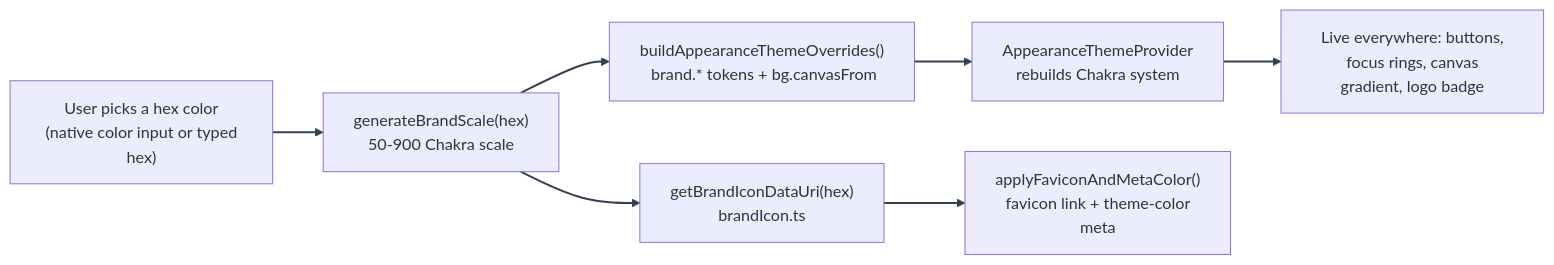
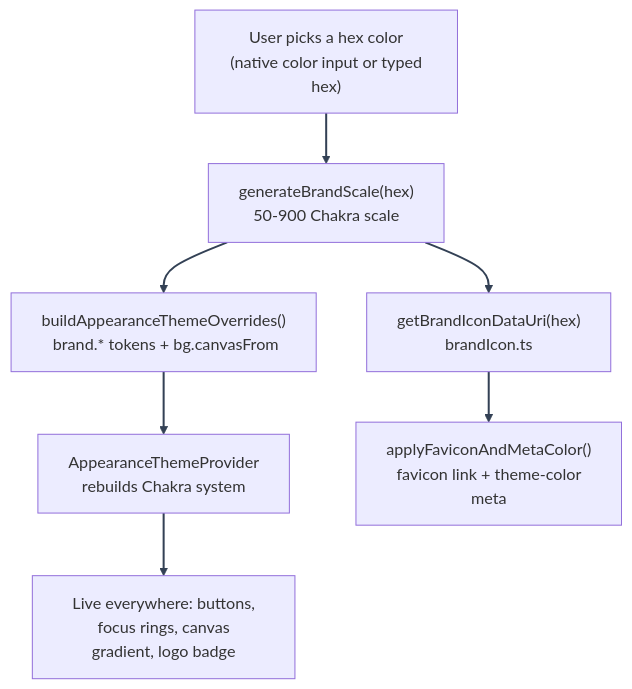
The diagram in docs/mystic_auth/appearance/overview.md (Nachiket-2024/mystic-auth), drawn with Mermaid before and after one commit. The commit also changed other lines of this file and 208 other files, not shown here.

````diff
--- a/docs/mystic_auth/appearance/overview.md
+++ b/docs/mystic_auth/appearance/overview.md
@@ -47,11 +47,11 @@
 ```mermaid
 %%{init: {"themeVariables": {"lineColor": "#334155"}} }%%
-flowchart LR
+flowchart TD
     Hex["User picks a hex color\n (native color input or typed hex)"] --> Scale["generateBrandScale(hex)\n 50-900 Chakra scale"]
     Scale --> Overrides["buildAppearanceThemeOverrides()\n brand.* tokens + bg.canvasFrom"]
     Scale --> Icon["getBrandIconDataUri(hex)\n brandIcon.ts"]
     Overrides --> System["AppearanceThemeProvider\n rebuilds Chakra system"]
     Icon --> Favicon["applyFaviconAndMetaColor()\n favicon link + theme-color meta"]
     System --> Live["Live everywhere: buttons,\n focus rings, canvas gradient, logo badge"]
     linkStyle default stroke:#334155,stroke-width:2px
 ```
````
